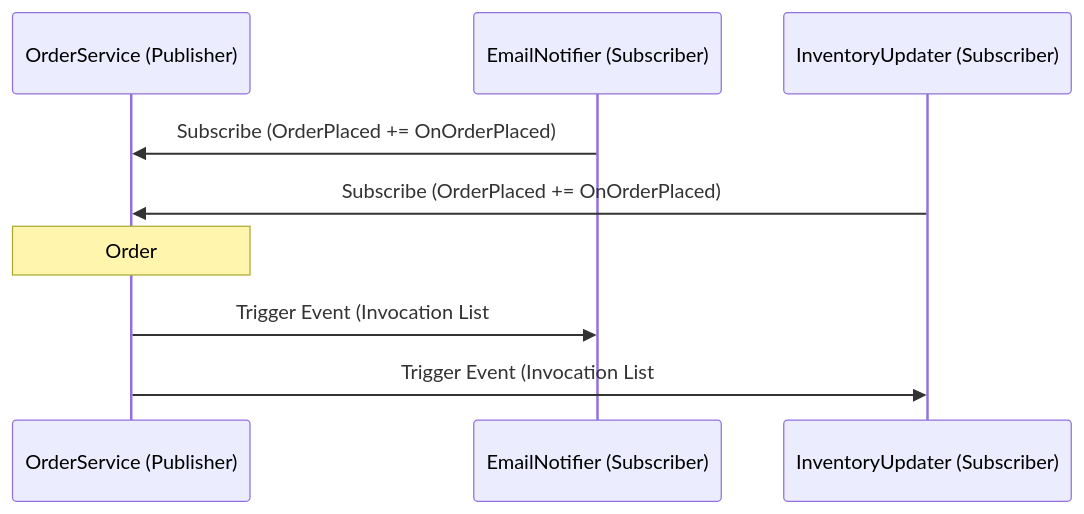
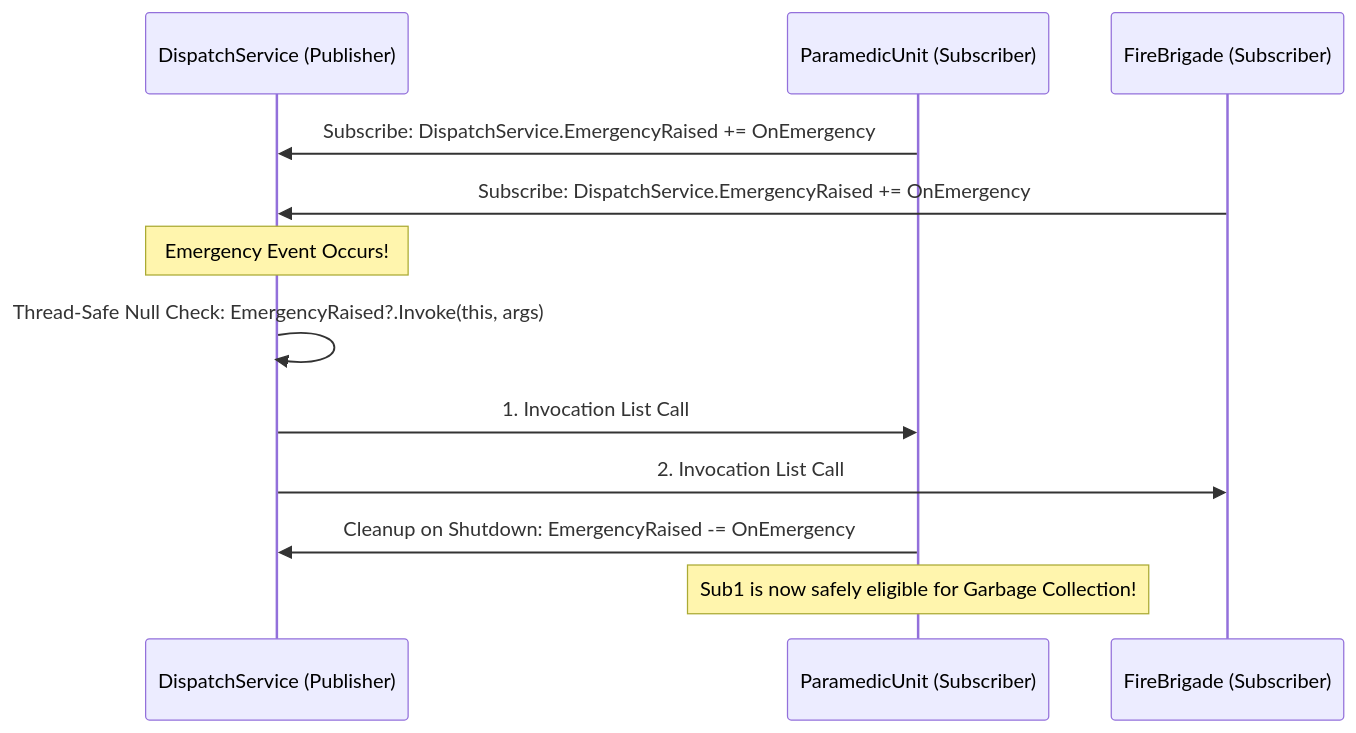
The second of 2 diagrams in Main/Topics/16_DelegatesEventsAndLambdas/README.md (Singhkunall/Csharp-learning), drawn with Mermaid before and after one commit. The commit also changed other lines of this file and 9 other files, not shown here.

Commit message:
Enhance: In-depth story-driven theory, architecture diagrams, and comprehensive code for Phase 5 (Topics 16-20)

````diff
--- a/Main/Topics/16_DelegatesEventsAndLambdas/README.md
+++ b/Main/Topics/16_DelegatesEventsAndLambdas/README.md
@@ -21,12 +59,15 @@
 ```mermaid
 sequenceDiagram
-    participant Publisher as OrderService (Publisher)
-    participant Subscriber1 as EmailNotifier (Subscriber)
-    participant Subscriber2 as InventoryUpdater (Subscriber)
+    participant Pub as DispatchService (Publisher)
+    participant Sub1 as ParamedicUnit (Subscriber)
+    participant Sub2 as FireBrigade (Subscriber)
 
-    Subscriber1->>Publisher: Subscribe (OrderPlaced += OnOrderPlaced)
-    Subscriber2->>Publisher: Subscribe (OrderPlaced += OnOrderPlaced)
-    Note over Publisher: Order #1042 Created
-    Publisher->>Subscriber1: Trigger Event (Invocation List #1)
-    Publisher->>Subscriber2: Trigger Event (Invocation List #2)
+    Sub1->>Pub: Subscribe: DispatchService.EmergencyRaised += OnEmergency
+    Sub2->>Pub: Subscribe: DispatchService.EmergencyRaised += OnEmergency
+    Note over Pub: Emergency Event Occurs!
+    Pub->>Pub: Thread-Safe Null Check: EmergencyRaised?.Invoke(this, args)
+    Pub->>Sub1: 1. Invocation List Call #1
+    Pub->>Sub2: 2. Invocation List Call #2
+    Sub1->>Pub: Cleanup on Shutdown: EmergencyRaised -= OnEmergency
+    Note over Sub1: Sub1 is now safely eligible for Garbage Collection!
 ```
````
